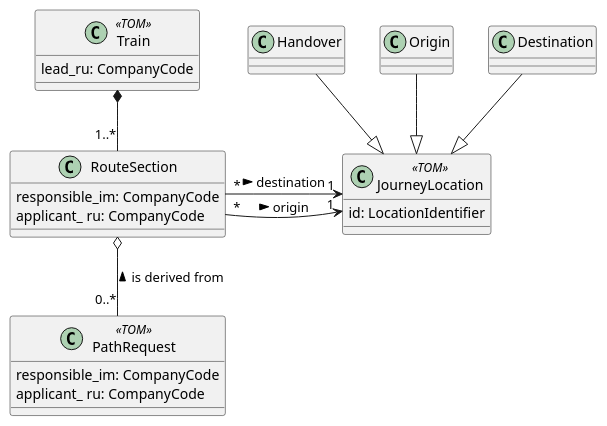
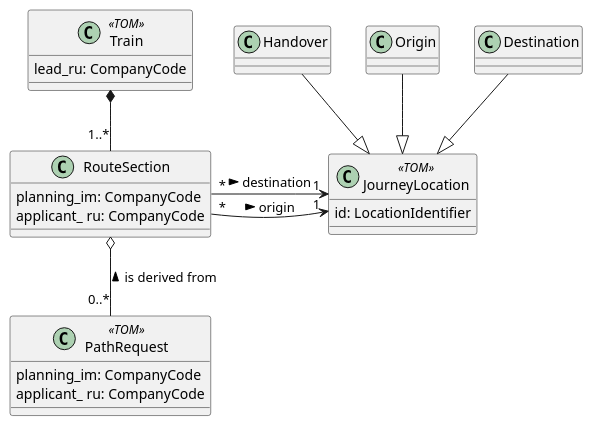
One commit to monora/tom changed the diagram in docs/uml/tom-overview.puml. Above: the diagram before and after it, drawn with PlantUML. The commit also changed 3 other files, not shown here.

```diff
--- a/docs/uml/tom-overview.puml
+++ b/docs/uml/tom-overview.puml
@@ -1,23 +1,23 @@
 class JourneyLocation <<TOM>> {
     id: LocationIdentifier
 }
 class Train <<TOM>> {
     lead_ru: CompanyCode
 }
 class RouteSection {
-    responsible_im: CompanyCode
+    planning_im: CompanyCode
     applicant_ ru: CompanyCode
 }
 Handover --|> JourneyLocation
 Origin --|> JourneyLocation
 Destination --|> JourneyLocation
 
 RouteSection "*" -> "1" JourneyLocation : origin >
 RouteSection "*" -> "1" JourneyLocation : destination >
 Train *-- "1..*" RouteSection
 
 class PathRequest <<TOM>> {
-    responsible_im: CompanyCode
+    planning_im: CompanyCode
     applicant_ ru: CompanyCode
 }
 RouteSection o--  "0..*" PathRequest : is derived from <
```
